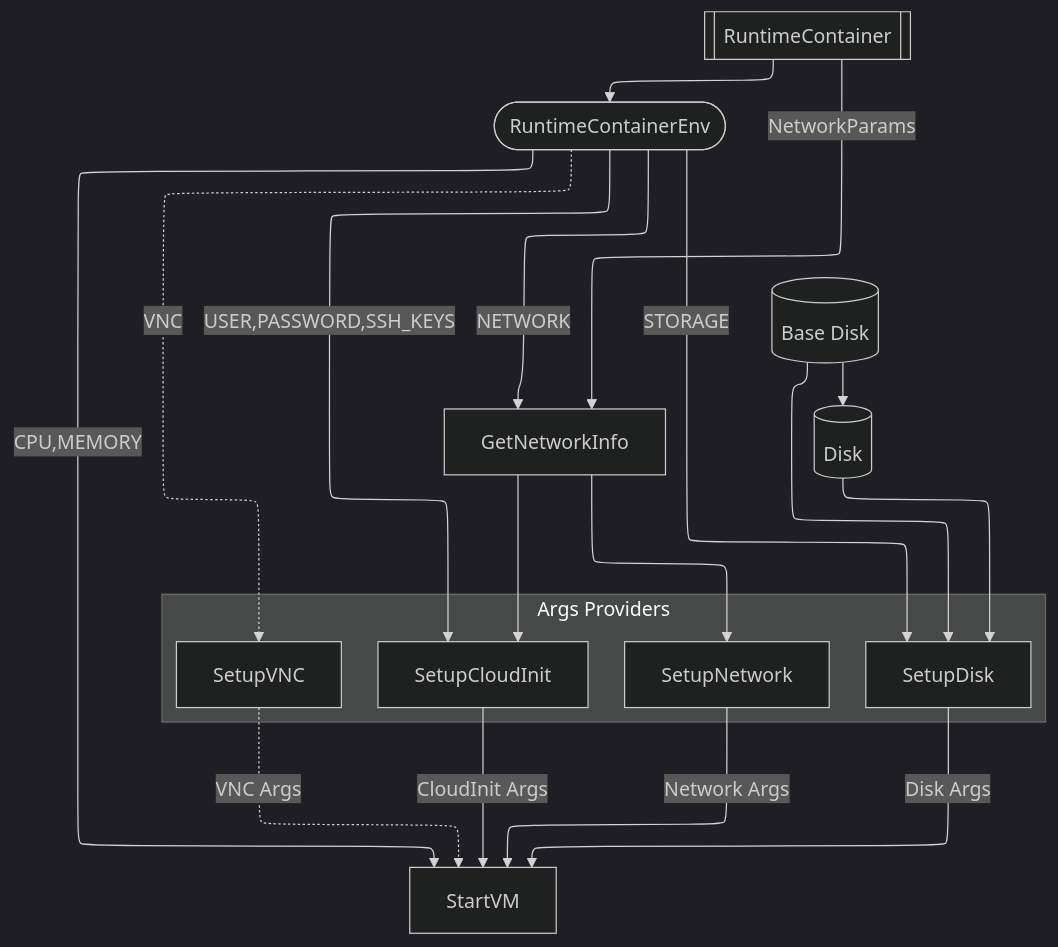
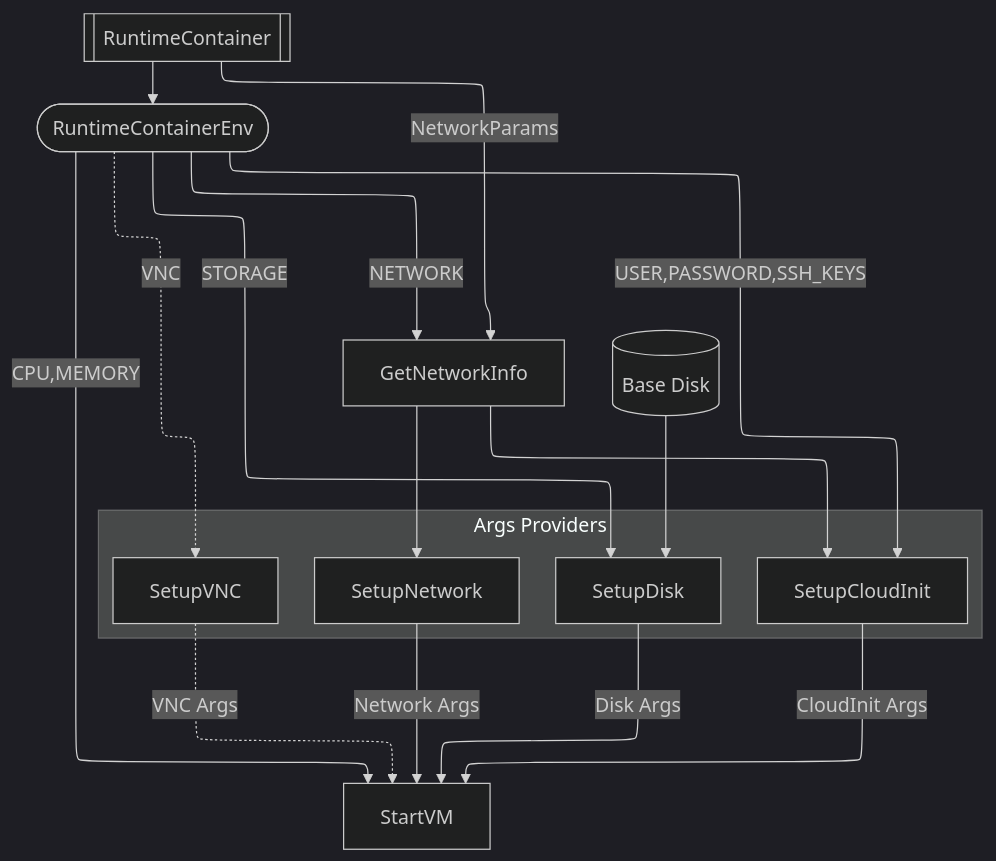
One commit to utkin-tech/devmachines changed the diagram in README.md. Above: the diagram before and after it, drawn with Mermaid (dark theme). The commit also changed other lines of this file and 22 other files, not shown here.

````diff
--- a/README.md
+++ b/README.md
@@ -55,34 +75,32 @@
 ```mermaid
 %%{init: {"flowchart": {"defaultRenderer": "elk"}} }%%
 flowchart TD
     RC[[RuntimeContainer]] -->|NetworkParams| GetNetworkInfo
     RC --> RCE([RuntimeContainerEnv])
 
     GetNetworkInfo --> SetupNetwork
     GetNetworkInfo --> SetupCloudInit
 
     RCE -->|USER,PASSWORD,SSH_KEYS| SetupCloudInit
     RCE -->|STORAGE| SetupDisk
     RCE -->|CPU,MEMORY| StartVM
     RCE -.->|VNC| SetupVNC
     RCE -->|NETWORK| GetNetworkInfo
 
     subgraph Args Providers
     SetupNetwork
     SetupCloudInit
     SetupVNC
     SetupDisk
     end
-    
+
     %% Start VM Args
     SetupNetwork -->|Network Args| StartVM
     SetupDisk -->|Disk Args| StartVM
     SetupCloudInit -->|CloudInit Args| StartVM
     SetupVNC -.->|VNC Args| StartVM
 
     %% Disks
-    Disk[(Disk)] --> SetupDisk
     BaseDisk[(Base Disk)] --> SetupDisk
-    BaseDisk ---> Disk
 
 ```
````
